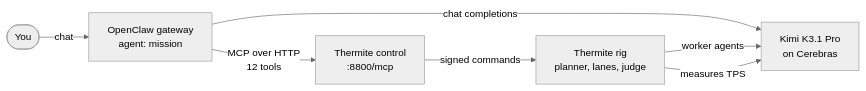
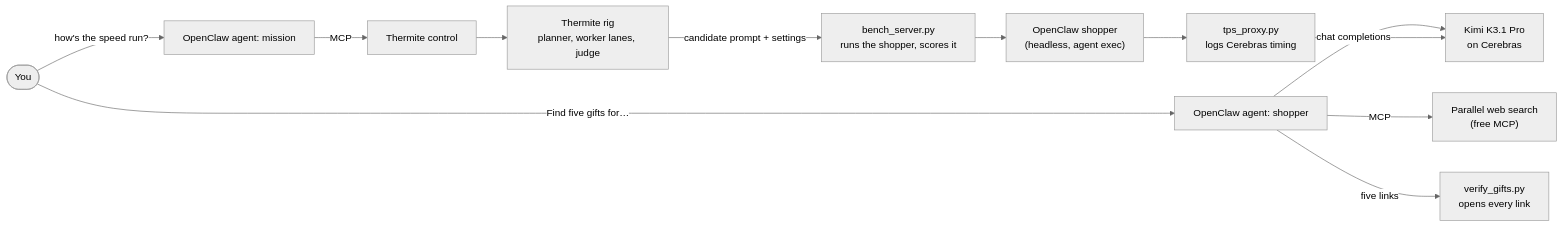
One commit to paulobrien/kimi-speedy-shopper changed the diagram in README.md. Above: the diagram before and after it, drawn with Mermaid (neutral theme). The commit also changed other lines of this file, not shown here.

Commit message:
Rewrite README for Speedy Shopper and the Thermite hill climb

````diff
--- a/README.md
+++ b/README.md
@@ -31,9 +31,13 @@
 ```mermaid
 flowchart LR
-  You([You]) -- chat --> OC["OpenClaw gateway<br/>agent: mission"]
-  OC -- chat completions --> K["Kimi K3.1 Pro<br/>on Cerebras"]
-  OC -- MCP over HTTP<br/>12 tools --> TC["Thermite control<br/>:8800/mcp"]
-  TC -- signed commands --> Rig["Thermite rig<br/>planner, lanes, judge"]
-  Rig -- worker agents --> K
-  Rig -- measures TPS --> K
+  You([You]) -- "Find five gifts for…" --> SH["OpenClaw agent: shopper"]
+  SH -- chat completions --> K["Kimi K3.1 Pro<br/>on Cerebras"]
+  SH -- MCP --> P["Parallel web search<br/>(free MCP)"]
+  SH -- five links --> V["verify_gifts.py<br/>opens every link"]
+  You -- "how's the speed run?" --> MC["OpenClaw agent: mission"]
+  MC -- MCP --> TC["Thermite control"]
+  TC --> Rig["Thermite rig<br/>planner, worker lanes, judge"]
+  Rig -- candidate prompt + settings --> B["bench_server.py<br/>runs the shopper, scores it"]
+  B --> SH2["OpenClaw shopper<br/>(headless, agent exec)"]
+  SH2 --> PX["tps_proxy.py<br/>logs Cerebras timing"] --> K
 ```
````
